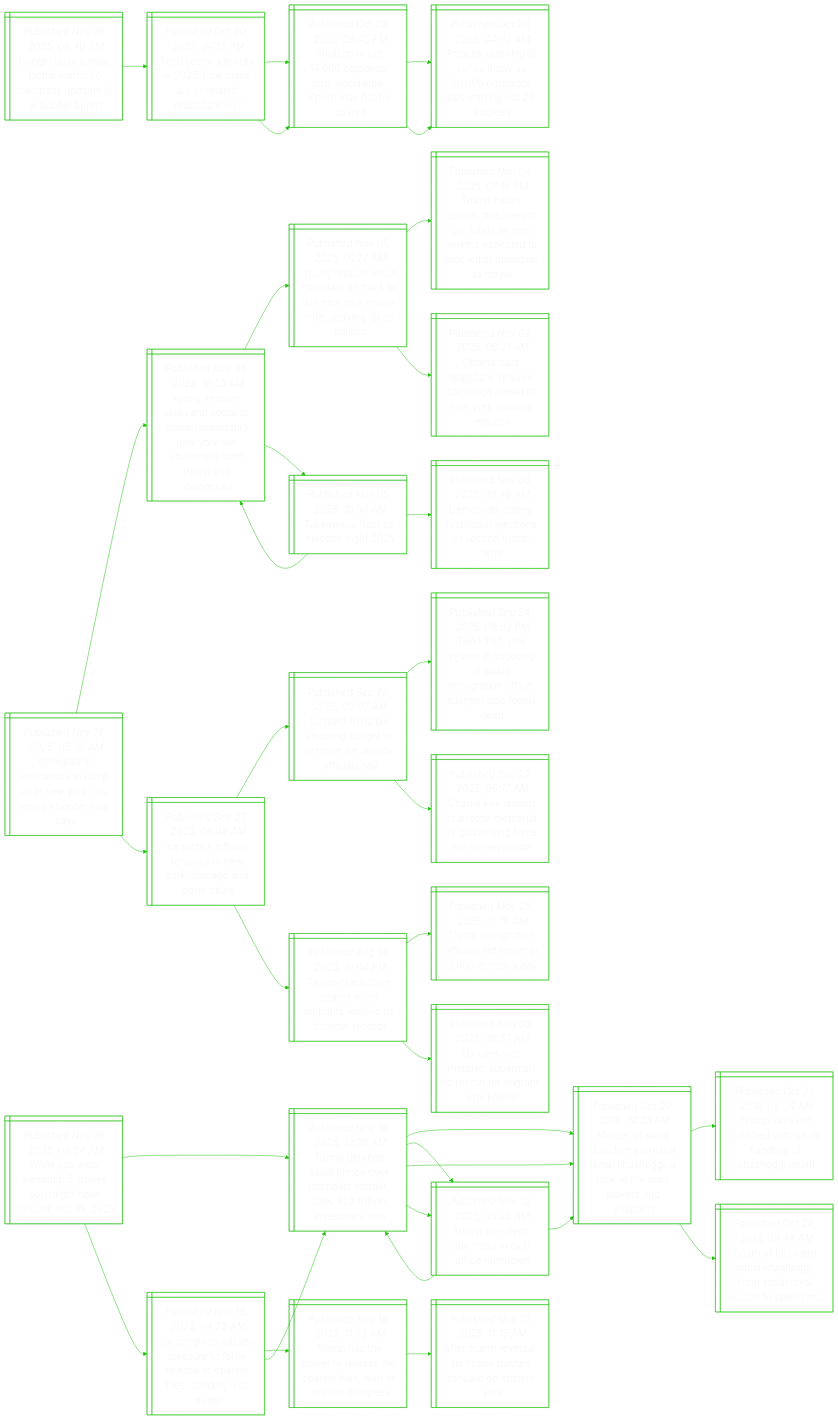
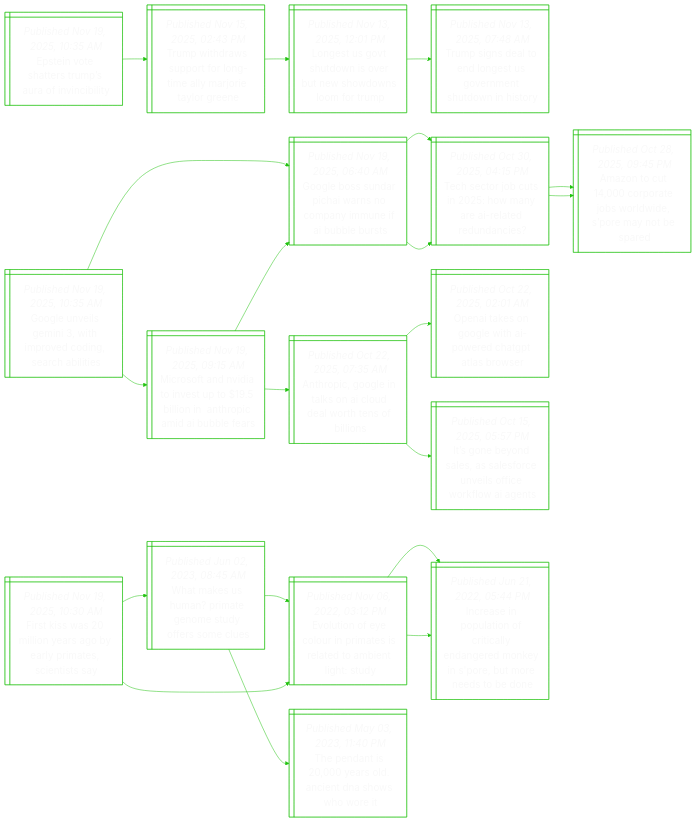
The diagram in README.md (notJmes/notJmes), drawn with Mermaid before and after one commit. The commit also changed other lines of this file, not shown here.

````diff
--- a/README.md
+++ b/README.md
@@ -16,112 +16,73 @@
 flowchart LR
 classDef txtsize font-size:20px;
 
+Eietrafnl@{ shape: win-pane, label: "_Published Nov 19, 2025, 10:35 AM_
+Epstein vote shatters trump’s aura of invincibility" }
+TwrutomyoaGe@{ shape: win-pane, label: "_Published Nov 15, 2025, 02:43 PM_
+Trump withdraws support for long-time ally marjorie taylor greene" }
+Lsounenonmr@{ shape: win-pane, label: "_Published Nov 13, 2025, 12:01 PM_
+Longest us govt shutdown is over but new showdowns loom for trump" }
+Tsdootveuns@{ shape: win-pane, label: "_Published Nov 13, 2025, 07:48 AM_
+Trump signs deal to end longest us government shutdown in history" }
+
+Eietrafnl:::txtsize --> TwrutomyoaGe:::txtsize
+TwrutomyoaGe:::txtsize --> Lsounenonmr:::txtsize
+Lsounenonmr:::txtsize --> Tsdootveuns:::txtsize
+
+Geimipdnrie@{ shape: win-pane, label: "_Published Nov 19, 2025, 10:35 AM_
+Google unveils gemini 3, with improved coding, search abilities" }
 GeSranoynIls@{ shape: win-pane, label: "_Published Nov 19, 2025, 06:40 AM_
 Google boss sundar pichai warns no company immune if ai bubble bursts" }
 TejtoyItdn@{ shape: win-pane, label: "_Published Oct 30, 2025, 04:15 PM_
 Tech sector job cuts in 2025: how many are ai-related redundancies?" }
 Antojoioyee@{ shape: win-pane, label: "_Published Oct 28, 2025, 09:45 PM_
 Amazon to cut 14,000 corporate jobs worldwide, s’pore may not be spared" }
-Annosapesitc@{ shape: win-pane, label: "_Published Oct 28, 2025, 04:02 AM_
-Amazon planning to cut as many as 30,000 corporate jobs starting oct 28: sources" }
 Antojoioyee@{ shape: win-pane, label: "_Published Oct 28, 2025, 09:45 PM_
 Amazon to cut 14,000 corporate jobs worldwide, s’pore may not be spared" }
-Annosapesitc@{ shape: win-pane, label: "_Published Oct 28, 2025, 04:02 AM_
-Amazon planning to cut as many as 30,000 corporate jobs starting oct 28: sources" }
+Msnditbonpiuf@{ shape: win-pane, label: "_Published Nov 19, 2025, 09:15 AM_
+Microsoft and nvidia to invest up to $19.5 billion in  anthropic amid ai bubble fears" }
+AooikIdwtfi@{ shape: win-pane, label: "_Published Oct 22, 2025, 07:35 AM_
+Anthropic, google in talks on ai cloud deal worth tens of billions" }
+OIsoipettrr@{ shape: win-pane, label: "_Published Oct 22, 2025, 02:01 AM_
+Openai takes on google with ai-powered chatgpt atlas browser" }
+InolSfulirwe@{ shape: win-pane, label: "_Published Oct 15, 2025, 05:57 PM_
+It’s gone beyond sales, as salesforce unveils office workflow ai agents" }
+GeSranoynIls@{ shape: win-pane, label: "_Published Nov 19, 2025, 06:40 AM_
+Google boss sundar pichai warns no company immune if ai bubble bursts" }
+TejtoyItdn@{ shape: win-pane, label: "_Published Oct 30, 2025, 04:15 PM_
+Tech sector job cuts in 2025: how many are ai-related redundancies?" }
 
+Geimipdnrie:::txtsize --> GeSranoynIls:::txtsize
 GeSranoynIls:::txtsize --> TejtoyItdn:::txtsize
 TejtoyItdn:::txtsize --> Antojoioyee:::txtsize
-Antojoioyee:::txtsize --> Annosapesitc:::txtsize
 TejtoyItdn:::txtsize --> Antojoioyee:::txtsize
-Antojoioyee:::txtsize --> Annosapesitc:::txtsize
+Geimipdnrie:::txtsize --> Msnditbonpiuf:::txtsize
+Msnditbonpiuf:::txtsize --> AooikIdwtfi:::txtsize
+AooikIdwtfi:::txtsize --> OIsoipettrr:::txtsize
+AooikIdwtfi:::txtsize --> InolSfulirwe:::txtsize
+Msnditbonpiuf:::txtsize --> GeSranoynIls:::txtsize
+GeSranoynIls:::txtsize --> TejtoyItdn:::txtsize
 
-WYresemhiN@{ shape: win-pane, label: "_Published Nov 19, 2025, 06:24 AM_
-While you were sleeping: 5 stories you might have missed, nov 19, 2025" }
-Tdddnersdiinst@{ shape: win-pane, label: "_Published Nov 19, 2025, 12:28 AM_
-Trump defends saudi prince over journalist murder, hails $1.3 trillion investment vow" }
-Mrusnrsasikeprsc@{ shape: win-pane, label: "_Published Oct 20, 2018, 12:23 PM_
-Murder of saudi dissident journalist jamal khashoggi: a look at the main players and suspects" }
-TsoidShiKoe@{ shape: win-pane, label: "_Published Oct 21, 2018, 04:04 AM_
-Trump says not satisfied with saudi handling of khashoggi death" }
-DorsasiSriepi@{ shape: win-pane, label: "_Published Oct 20, 2018, 08:46 AM_
-Death of journalist jamal khashoggi: from saudi royal insider to open critic" }
-TttBsailn@{ shape: win-pane, label: "_Published Nov 19, 2025, 05:25 AM_
-Trump threatens abc news in oval office meltdown" }
-Mrusnrsasikeprsc@{ shape: win-pane, label: "_Published Oct 20, 2018, 12:23 PM_
-Murder of saudi dissident journalist jamal khashoggi: a look at the main players and suspects" }
-Tdddnersdiinst@{ shape: win-pane, label: "_Published Nov 19, 2025, 12:28 AM_
-Trump defends saudi prince over journalist murder, hails $1.3 trillion investment vow" }
-Ugpsufrspnsitm@{ shape: win-pane, label: "_Published Nov 19, 2025, 04:23 AM_
-Us congress passes measure to force release of epstein files, sending it to trump" }
-Therltsfwrons@{ shape: win-pane, label: "_Published Nov 18, 2025, 11:55 AM_
-Trump has the power to release the epstein files, with or without congress" }
-ATrsHpsaEie@{ shape: win-pane, label: "_Published Nov 18, 2025, 11:15 AM_
-After trump reversal, us house pushes forward on epstein vote" }
-Tdddnersdiinst@{ shape: win-pane, label: "_Published Nov 19, 2025, 12:28 AM_
-Trump defends saudi prince over journalist murder, hails $1.3 trillion investment vow" }
-Mrusnrsasikeprsc@{ shape: win-pane, label: "_Published Oct 20, 2018, 12:23 PM_
-Murder of saudi dissident journalist jamal khashoggi: a look at the main players and suspects" }
-TttBsailn@{ shape: win-pane, label: "_Published Nov 19, 2025, 05:25 AM_
-Trump threatens abc news in oval office meltdown" }
+Fkalegareet@{ shape: win-pane, label: "_Published Nov 19, 2025, 10:30 AM_
+First kiss was 20 million years ago by early primates, scientists say" }
+Wasnantfsl@{ shape: win-pane, label: "_Published Jun 02, 2023, 08:45 AM_
+What makes us human? primate genome study offers some clues" }
+Etfoimiaoegu@{ shape: win-pane, label: "_Published Nov 06, 2022, 03:12 PM_
+Evolution of eye colour in primates is related to ambient light: study" }
+IapaotlaekSbrde@{ shape: win-pane, label: "_Published Jun 21, 2022, 05:44 PM_
+Increase in population of critically endangered monkey in s'pore, but more needs to be done" }
+TnirAnswr@{ shape: win-pane, label: "_Published May 03, 2023, 11:40 PM_
+The pendant is 20,000 years old. ancient dna shows who wore it" }
+Etfoimiaoegu@{ shape: win-pane, label: "_Published Nov 06, 2022, 03:12 PM_
+Evolution of eye colour in primates is related to ambient light: study" }
+IapaotlaekSbrde@{ shape: win-pane, label: "_Published Jun 21, 2022, 05:44 PM_
+Increase in population of critically endangered monkey in s'pore, but more needs to be done" }
 
-WYresemhiN:::txtsize --> Tdddnersdiinst:::txtsize
-Tdddnersdiinst:::txtsize --> Mrusnrsasikeprsc:::txtsize
-Mrusnrsasikeprsc:::txtsize --> TsoidShiKoe:::txtsize
-Mrusnrsasikeprsc:::txtsize --> DorsasiSriepi:::txtsize
-Tdddnersdiinst:::txtsize --> TttBsailn:::txtsize
-TttBsailn:::txtsize --> Mrusnrsasikeprsc:::txtsize
-TttBsailn:::txtsize --> Tdddnersdiinst:::txtsize
-WYresemhiN:::txtsize --> Ugpsufrspnsitm:::txtsize
-Ugpsufrspnsitm:::txtsize --> Therltsfwrons:::txtsize
-Therltsfwrons:::txtsize --> ATrsHpsaEie:::txtsize
-Ugpsufrspnsitm:::txtsize --> Tdddnersdiinst:::txtsize
-Tdddnersdiinst:::txtsize --> Mrusnrsasikeprsc:::txtsize
-Tdddnersdiinst:::txtsize --> TttBsailn:::txtsize
-
-Irnasmnotmrzy@{ shape: win-pane, label: "_Published Nov 19, 2025, 05:38 AM_
-Immigration operations to ramp up in new york city, trump’s border czar says" }
-YMmnoihaiYilehpea@{ shape: win-pane, label: "_Published Nov 05, 2025, 10:55 AM_
-Young, muslim, asian and socialist: zohran mamdani’s new york win challenges both trump and democrats" }
-YMmimociYaoauoc@{ shape: win-pane, label: "_Published Nov 05, 2025, 01:27 AM_
-Young muslim leftist mamdani on track to win new york mayor vote, shaking up us politics" }
-TbCttousoscolsdsr@{ shape: win-pane, label: "_Published Nov 04, 2025, 07:15 AM_
-Trump backs cuomo, threatens to cut funds as new yorkers expected to pick leftist mamdani as mayor" }
-OcMniagaekren@{ shape: win-pane, label: "_Published Nov 02, 2025, 06:21 AM_
-Obama calls mamdani, praises campaign ahead of new york mayoral election" }
-Twreig@{ shape: win-pane, label: "_Published Nov 05, 2025, 10:50 AM_
-Takeaways from us election night 2025" }
-YMmnoihaiYilehpea@{ shape: win-pane, label: "_Published Nov 05, 2025, 10:55 AM_
-Young, muslim, asian and socialist: zohran mamdani’s new york win challenges both trump and democrats" }
-Drwialosdp@{ shape: win-pane, label: "_Published Nov 05, 2025, 09:46 AM_
-Democrats sweep first major elections of second trump term" }
-IcimsiYhoti@{ shape: win-pane, label: "_Published Sep 27, 2025, 08:48 AM_
-Ice tactics inflame tensions in new york, chicago and other cities" }
-ScasiuooIefay@{ shape: win-pane, label: "_Published Sep 26, 2025, 03:07 AM_
-Suspect in dallas shooting sought to terrorise ice agents, officials say" }
-Tlnunttaiifutfd@{ shape: win-pane, label: "_Published Sep 24, 2025, 09:02 PM_
-Two killed, one injured in shooting at dallas immigration office; suspect also found dead" }
-Cikerarsanccrs@{ shape: win-pane, label: "_Published Sep 22, 2025, 06:17 AM_
-Charlie kirk lauded at arizona memorial as galvanising force for conservatism" }
-Tcdnmithcnc@{ shape: win-pane, label: "_Published Aug 14, 2025, 10:04 PM_
-Trump crackdown snares more migrants with no us criminal records" }
-Tirncsrfsa@{ shape: win-pane, label: "_Published May 29, 2025, 10:19 AM_
-Trump immigration officials set target of 3,000 arrests a day" }
-Ushietrorro@{ shape: win-pane, label: "_Published Aug 08, 2025, 06:37 AM_
-Us uses war rhetoric, superman to recruit for migrant crackdown" }
-
-Irnasmnotmrzy:::txtsize --> YMmnoihaiYilehpea:::txtsize
-YMmnoihaiYilehpea:::txtsize --> YMmimociYaoauoc:::txtsize
-YMmimociYaoauoc:::txtsize --> TbCttousoscolsdsr:::txtsize
-YMmimociYaoauoc:::txtsize --> OcMniagaekren:::txtsize
-YMmnoihaiYilehpea:::txtsize --> Twreig:::txtsize
-Twreig:::txtsize --> YMmnoihaiYilehpea:::txtsize
-Twreig:::txtsize --> Drwialosdp:::txtsize
-Irnasmnotmrzy:::txtsize --> IcimsiYhoti:::txtsize
-IcimsiYhoti:::txtsize --> ScasiuooIefay:::txtsize
-ScasiuooIefay:::txtsize --> Tlnunttaiifutfd:::txtsize
-ScasiuooIefay:::txtsize --> Cikerarsanccrs:::txtsize
-IcimsiYhoti:::txtsize --> Tcdnmithcnc:::txtsize
-Tcdnmithcnc:::txtsize --> Tirncsrfsa:::txtsize
-Tcdnmithcnc:::txtsize --> Ushietrorro:::txtsize
+Fkalegareet:::txtsize --> Wasnantfsl:::txtsize
+Wasnantfsl:::txtsize --> Etfoimiaoegu:::txtsize
+Etfoimiaoegu:::txtsize --> IapaotlaekSbrde:::txtsize
+Wasnantfsl:::txtsize --> TnirAnswr:::txtsize
+Fkalegareet:::txtsize --> Etfoimiaoegu:::txtsize
+Etfoimiaoegu:::txtsize --> IapaotlaekSbrde:::txtsize
 
 ```
````
